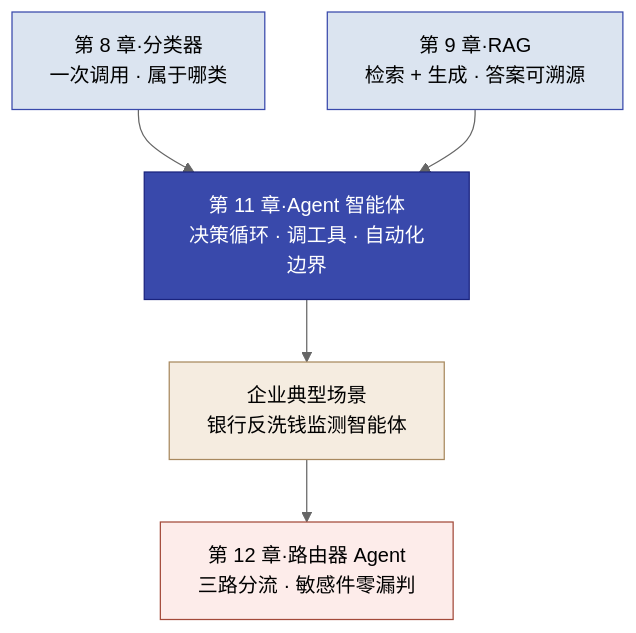
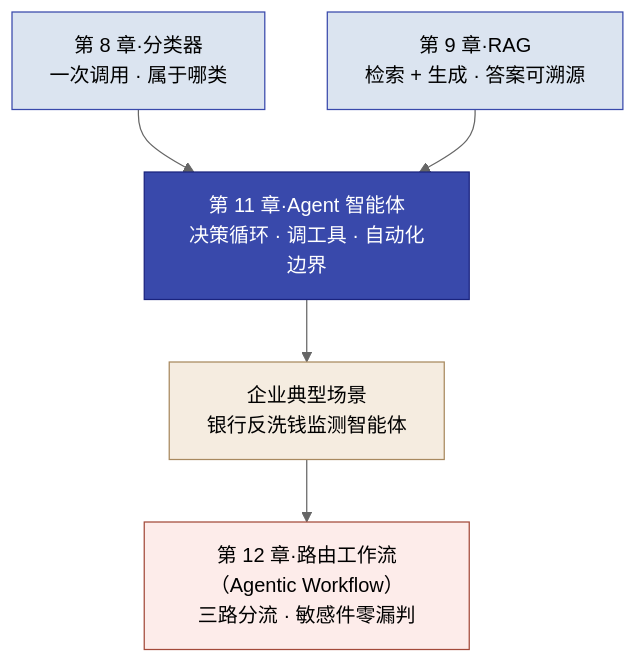
The first of 4 diagrams in textbook/第11章_Agent系统设计_自动化边界.md (cloudzun/fde-102), drawn with Mermaid (neutral theme) before and after one commit. The commit also changed other lines of this file and 3 other files, not shown here.

Commit message:
第12章更名'工单智能分级路由工作流'（标题/文件名/定位/学习目标/验收口径/启动提示词/章末桥接实操四B），第11章新增11.3.7从Routing Workflow到受控Agentic Loop对照表+图11-1节点+interrupt归属修正（12章固定转人工、真中断恢复在实操四B），第7章图7-1节点同步，修订记录登记

````diff
--- a/textbook/第11章_Agent系统设计_自动化边界.md
+++ b/textbook/第11章_Agent系统设计_自动化边界.md
@@ -24,17 +24,17 @@
 ```mermaid
 flowchart TB
     ch8["第 8 章·分类器<br/>一次调用 · 属于哪类"]
     ch9["第 9 章·RAG<br/>检索 + 生成 · 答案可溯源"]
     ch11["第 11 章·Agent 智能体<br/>决策循环 · 调工具 · 自动化边界"]
     ent["企业典型场景<br/>银行反洗钱监测智能体"]
-    ch12["第 12 章·路由器 Agent<br/>三路分流 · 敏感件零漏判"]
+    ch12["第 12 章·路由工作流（Agentic Workflow）<br/>三路分流 · 敏感件零漏判"]
     ch8 --> ch11
     ch9 --> ch11
     ch11 --> ent
     ent --> ch12
     style ch8 fill:#dbe4f0,stroke:#3949ab
     style ch9 fill:#dbe4f0,stroke:#3949ab
     style ch11 fill:#3949ab,color:#fff,stroke:#1a237e
     style ent fill:#f5ece0,stroke:#a8895f
     style ch12 fill:#fdecea,stroke:#a34a3a
 ```
````
